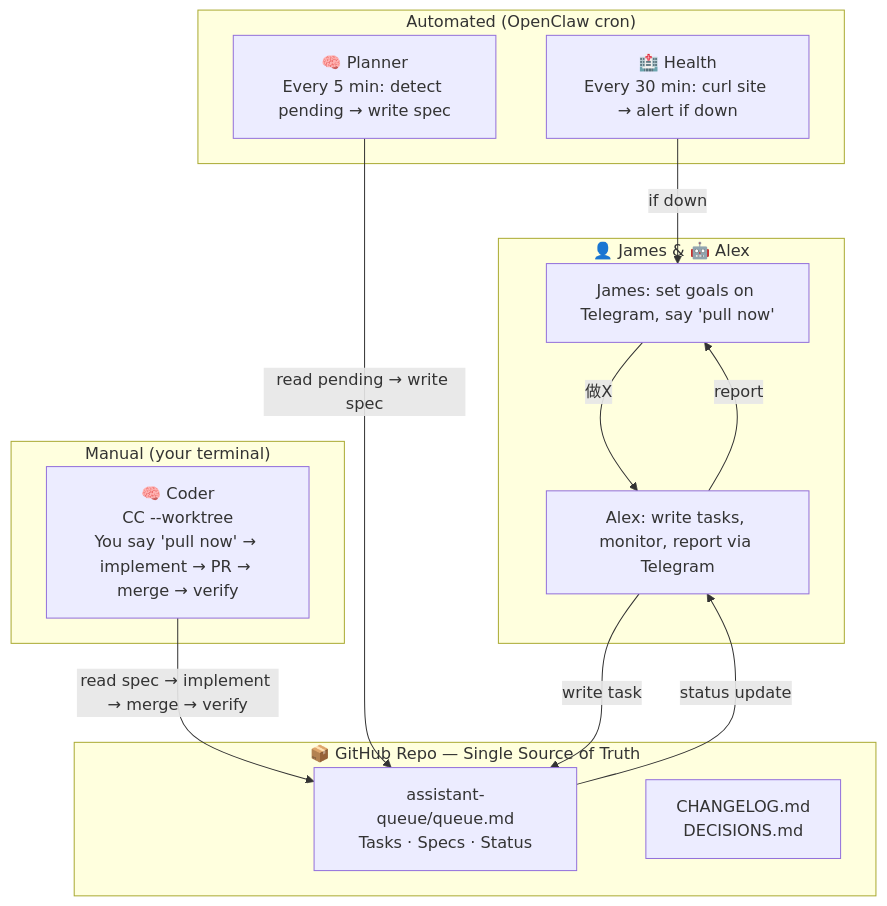
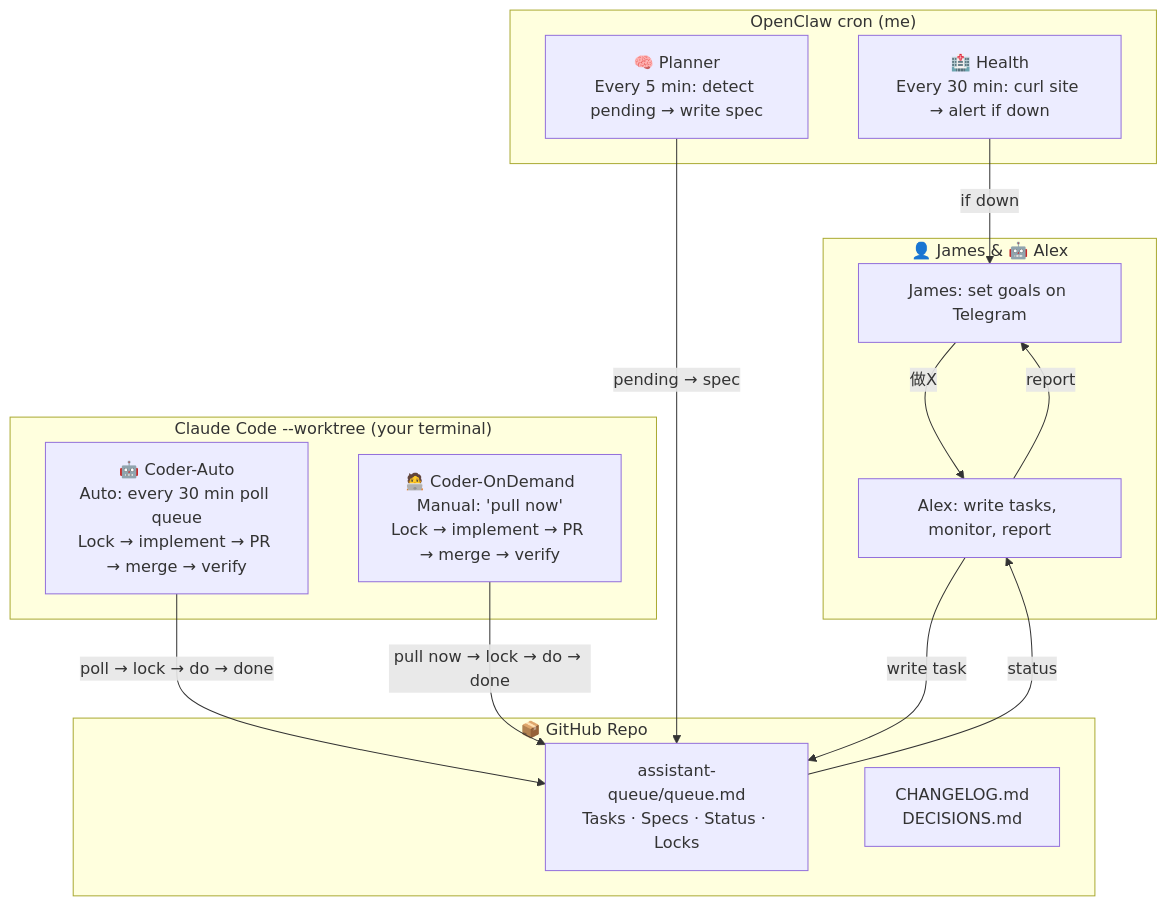
One commit to JamesHuang22/product-tracer changed the first of 3 diagrams in doc/AUTOMATION_SYSTEM.md. Above: the diagram before and after it, drawn with Mermaid. The commit also changed other lines of this file and 1 other file, not shown here.

Commit message:
docs: v3 — two coders with lock mechanism, Coder-Auto (30min poll) + Coder-OnDemand (pull now)

````diff
--- a/doc/AUTOMATION_SYSTEM.md
+++ b/doc/AUTOMATION_SYSTEM.md
@@ -20,29 +20,31 @@
 ```mermaid
 flowchart TB
     subgraph Human["👤 James & 🤖 Alex"]
-        J["James: set goals on Telegram, say 'pull now'"]
-        A["Alex: write tasks, monitor, report via Telegram"]
+        J["James: set goals on Telegram"]
+        A["Alex: write tasks, monitor, report"]
     end
 
-    subgraph Storage["📦 GitHub Repo — Single Source of Truth"]
-        Q["assistant-queue/queue.md<br/>Tasks · Specs · Status"]
+    subgraph Storage["📦 GitHub Repo"]
+        Q["assistant-queue/queue.md<br/>Tasks · Specs · Status · Locks"]
         CH["CHANGELOG.md<br/>DECISIONS.md"]
     end
 
-    subgraph Auto["Automated (OpenClaw cron)"]
+    subgraph Auto["OpenClaw cron (me)"]
         P["🧠 Planner<br/>Every 5 min: detect pending → write spec"]
         H["🏥 Health<br/>Every 30 min: curl site → alert if down"]
     end
 
-    subgraph Manual["Manual (your terminal)"]
-        C["🧠 Coder<br/>CC --worktree<br/>You say 'pull now' → implement → PR → merge → verify"]
+    subgraph Coders["Claude Code --worktree (your terminal)"]
+        CA["🤖 Coder-Auto<br/>Auto: every 30 min poll queue<br/>Lock → implement → PR → merge → verify"]
+        CO["🧑‍💻 Coder-OnDemand<br/>Manual: 'pull now'<br/>Lock → implement → PR → merge → verify"]
     end
 
     J -->|"做X"| A
     A -->|"write task"| Q
-    P -->|"read pending → write spec"| Q
-    C -->|"read spec → implement → merge → verify"| Q
+    P -->|"pending → spec"| Q
+    CA -->|"poll → lock → do → done"| Q
+    CO -->|"pull now → lock → do → done"| Q
     H -->|"if down"| J
-    Q -->|"status update"| A
+    Q -->|"status"| A
     A -->|"report"| J
 ```
````
